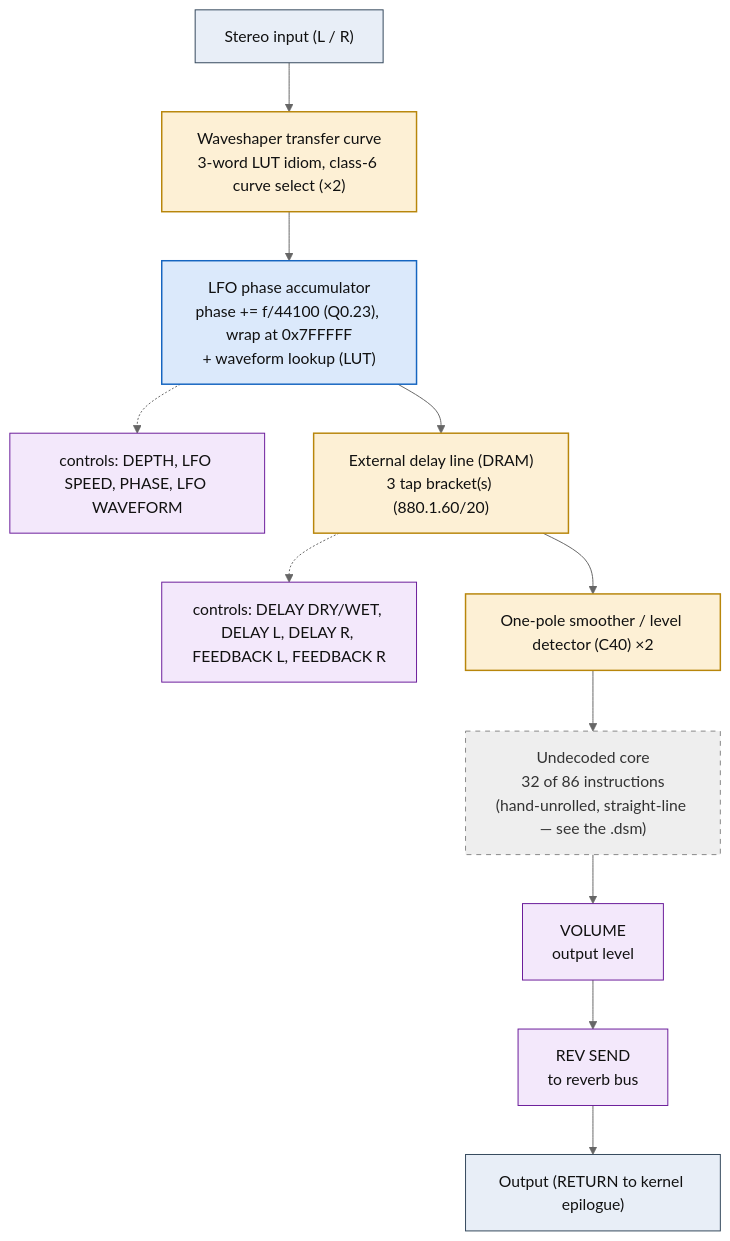
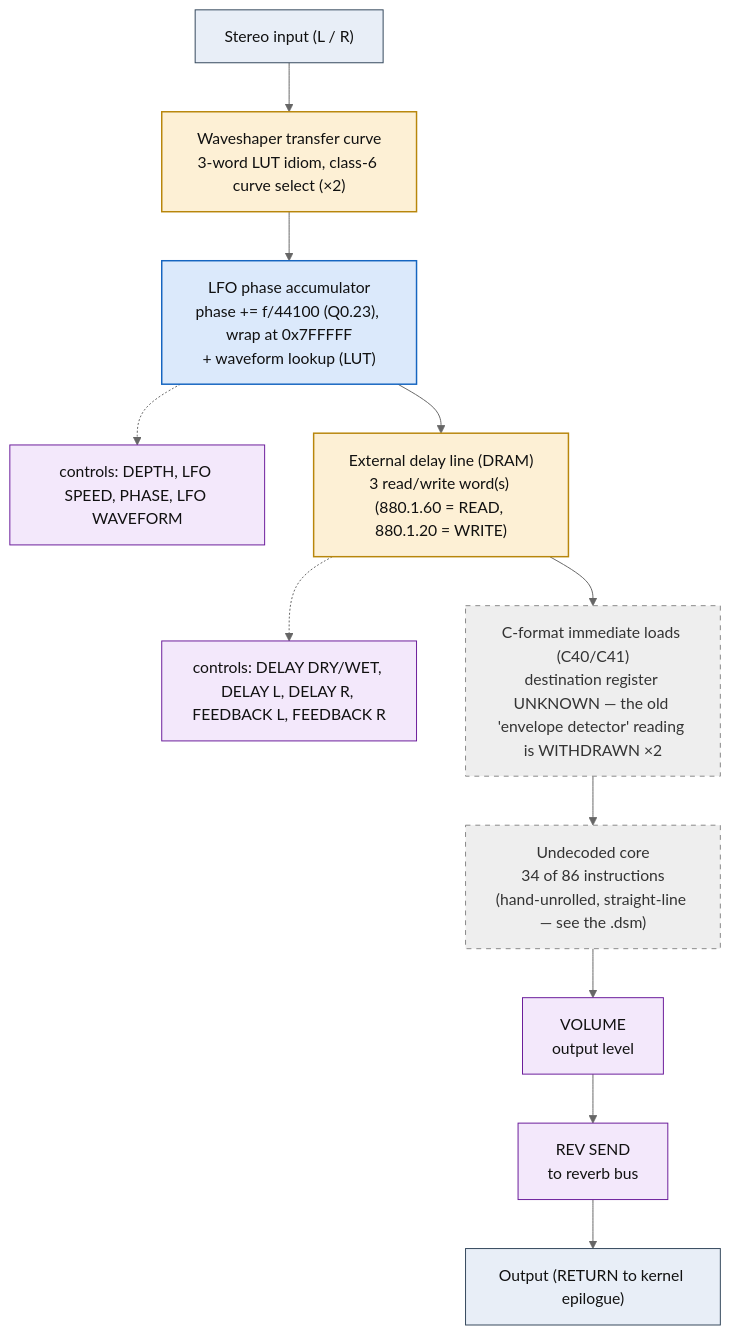
One commit to ArqueologiaDigital/kn5000-roms-disasm changed the diagram in dsp/flowcharts/prog67_s_delay_vibrato.md. Above: the diagram before and after it, drawn with Mermaid (neutral theme). The commit also changed other lines of this file and 86 other files, not shown here.

````diff
--- a/dsp/flowcharts/prog67_s_delay_vibrato.md
+++ b/dsp/flowcharts/prog67_s_delay_vibrato.md
@@ -12,36 +12,36 @@
 ```mermaid
 flowchart TD
     N0["Stereo input (L / R)"]
     N1["Waveshaper transfer curve<br/>3-word LUT idiom, class-6 curve select (&times;2)"]
     N0 --> N1
     N2["LFO phase accumulator<br/>phase += f/44100 (Q0.23), wrap at 0x7FFFFF<br/>+ waveform lookup (LUT)"]
     N1 --> N2
     N3["controls: DEPTH, LFO SPEED, PHASE, LFO WAVEFORM"]
     N2 -.-> N3
-    N4["External delay line (DRAM)<br/>3 tap bracket(s) (880.1.60/20)"]
+    N4["External delay line (DRAM)<br/>3 read/write word(s) (880.1.60 = READ, 880.1.20 = WRITE)"]
     N2 --> N4
     N5["controls: DELAY DRY/WET, DELAY L, DELAY R, FEEDBACK L, FEEDBACK R"]
     N4 -.-> N5
-    N6["One-pole smoother / level detector (C40) &times;2"]
+    N6["C-format immediate loads (C40/C41)<br/>destination register UNKNOWN &mdash; the old 'envelope detector' reading is WITHDRAWN &times;2"]
     N4 --> N6
-    N7["Undecoded core<br/>32 of 86 instructions<br/>(hand-unrolled, straight-line &mdash; see the .dsm)"]
+    N7["Undecoded core<br/>34 of 86 instructions<br/>(hand-unrolled, straight-line &mdash; see the .dsm)"]
     N6 --> N7
     N8["VOLUME<br/>output level"]
     N7 --> N8
     N9["REV SEND<br/>to reverb bus"]
     N8 --> N9
     N10["Output (RETURN to kernel epilogue)"]
     N9 --> N10
 
     classDef io fill:#e8eef7,stroke:#33475b,stroke-width:1px,color:#111;
     classDef proven fill:#d7f0d7,stroke:#2e7d32,stroke-width:2px,color:#111;
     classDef measured fill:#dbe9fb,stroke:#1565c0,stroke-width:1.5px,color:#111;
     classDef inferred fill:#fdf0d5,stroke:#b8860b,stroke-width:1.5px,color:#111;
     classDef open fill:#eeeeee,stroke:#888,stroke-width:1px,color:#333,stroke-dasharray:5 5;
     classDef ctrl fill:#f3e8fb,stroke:#6a1b9a,stroke-width:1px,color:#111;
     class N0,N10 io;
-    class N1,N4,N6 inferred;
+    class N1,N4 inferred;
     class N2 measured;
     class N3,N5,N8,N9 ctrl;
-    class N7 open;
+    class N6,N7 open;
 ```
````
